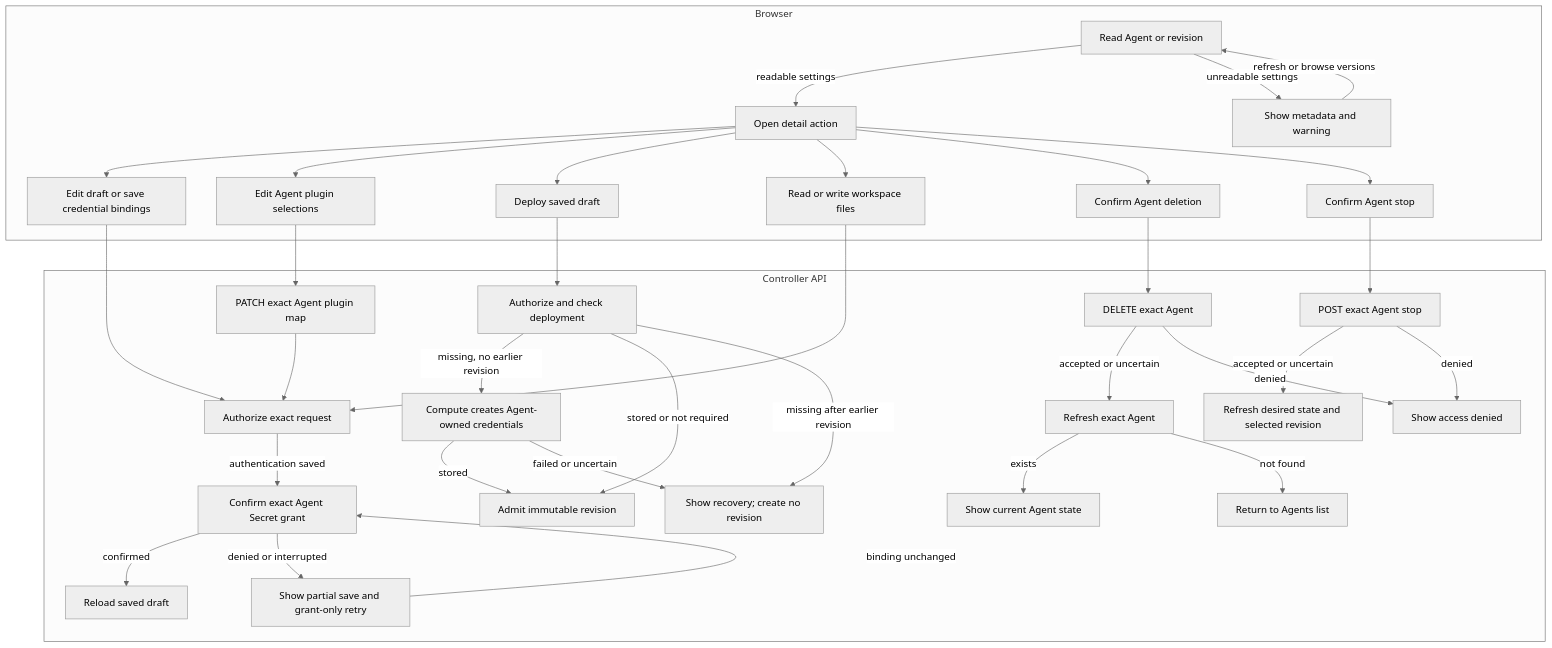
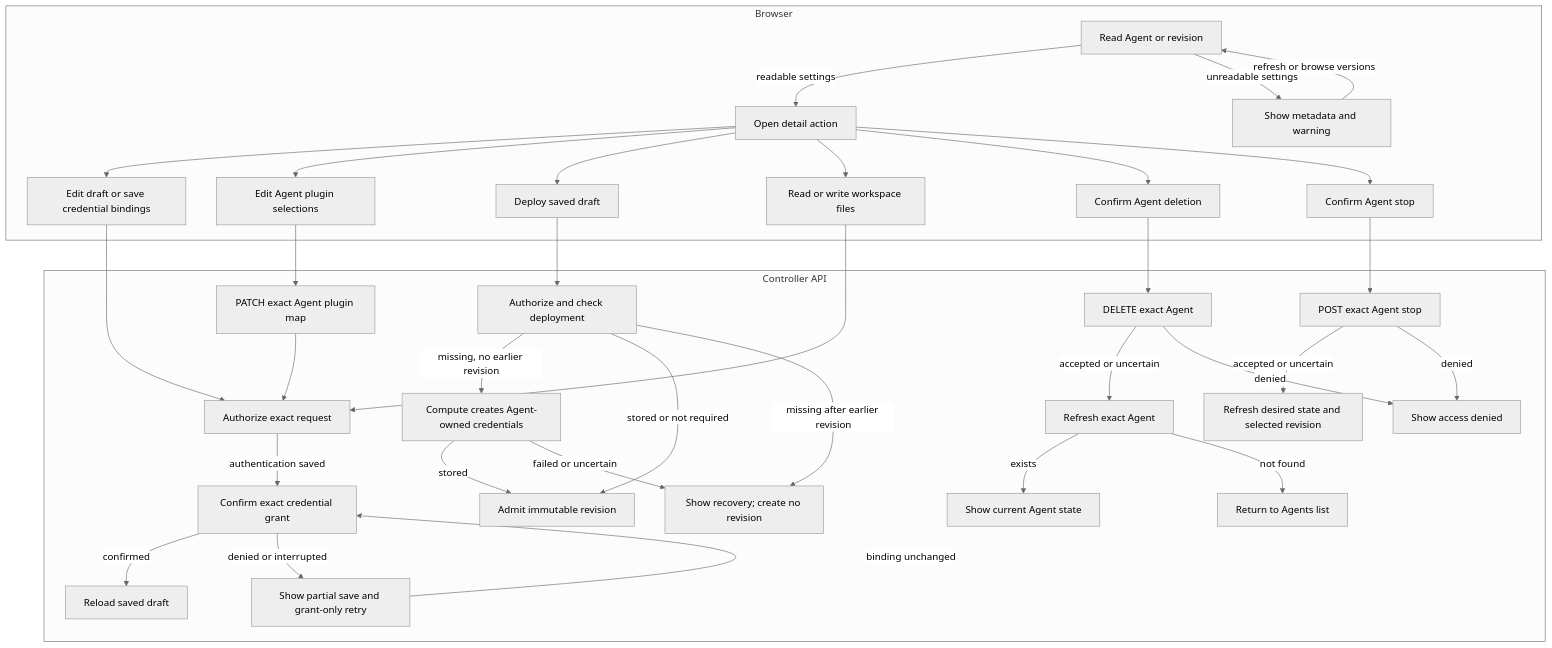
Before and after one commit to hybrowlabs/openclaw-enterprise: the diagram in docs/flows/platform-console/agent-editing.md, drawn with Mermaid (neutral theme). The commit also changed other lines of this file and 86 other files, not shown here.

````diff
--- a/docs/flows/platform-console/agent-editing.md
+++ b/docs/flows/platform-console/agent-editing.md
@@ -24,38 +24,38 @@
 ```mermaid
 graph TD
   subgraph Browser["Browser"]
     A["Read Agent or revision"] -->|readable settings| B["Open detail action"]
     A -->|unreadable settings| AE["Show metadata and warning"]
     AE -->|refresh or browse versions| A
     B --> C["Edit draft or save credential bindings"]
     B --> P["Edit Agent plugin selections"]
     B --> Q["Deploy saved draft"]
     B --> D["Read or write workspace files"]
     B --> E["Confirm Agent deletion"]
     B --> S["Confirm Agent stop"]
   end
   subgraph API["Controller API"]
     C --> F["Authorize exact request"]
     P --> PA["PATCH exact Agent plugin map"]
     PA --> F
     Q --> Y["Authorize and check deployment"]
     Y -->|missing, no earlier revision| Z["Compute creates Agent-owned credentials"]
     Y -->|stored or not required| R["Admit immutable revision"]
     Z -->|stored| R
     Z -->|failed or uncertain| N["Show recovery; create no revision"]
     Y -->|missing after earlier revision| N
-    F -->|authentication saved| V["Confirm exact Agent Secret grant"]
+    F -->|authentication saved| V["Confirm exact credential grant"]
     V -->|confirmed| W["Reload saved draft"]
     V -->|denied or interrupted| X["Show partial save and grant-only retry"]
     X -->|binding unchanged| V
     D --> F
     E --> G["DELETE exact Agent"]
     S --> T["POST exact Agent stop"]
     T -->|accepted or uncertain| U["Refresh desired state and selected revision"]
     T -->|denied| I
     G -->|accepted or uncertain| H["Refresh exact Agent"]
     G -->|denied| I["Show access denied"]
     H -->|exists| J["Show current Agent state"]
     H -->|not found| K["Return to Agents list"]
   end
 ```
````
